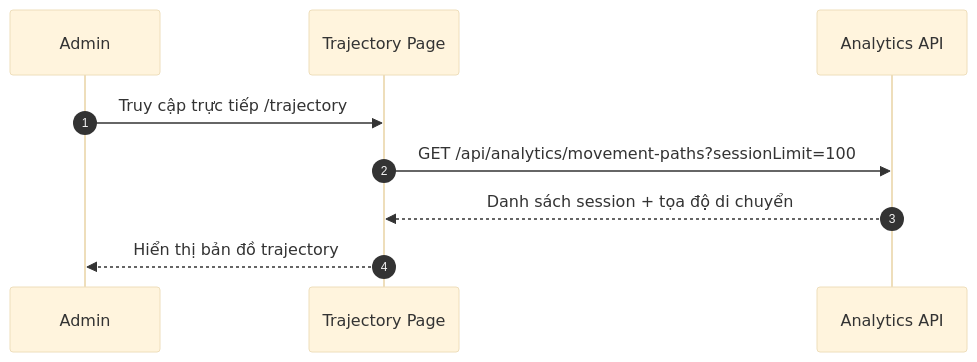
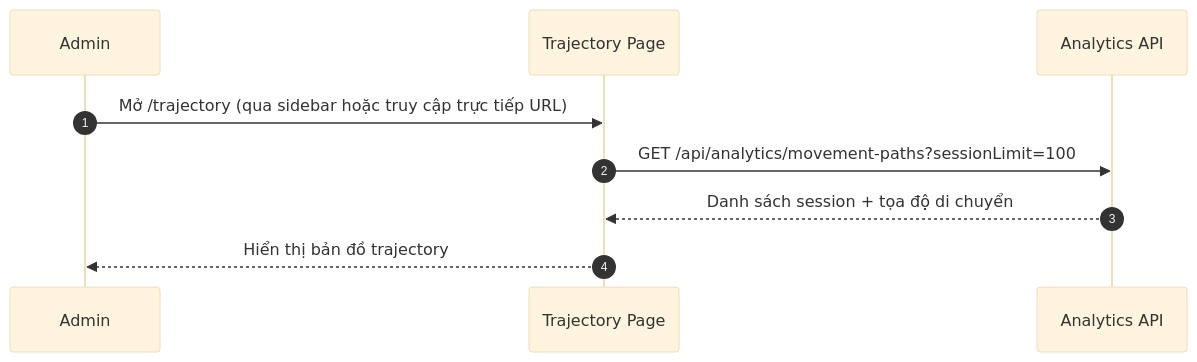
One commit to sangnp-s-organiztion/food-market-narrator changed the seventh of 28 diagrams in docs/sequence/flow-admin.md. Above: the diagram before and after it, drawn with Mermaid (base theme). The commit also changed other lines of this file and 59 other files, not shown here.

Commit message:
cap nhat sequence

````diff
--- a/docs/sequence/flow-admin.md
+++ b/docs/sequence/flow-admin.md
@@ -136,12 +136,12 @@
 ```mermaid
 sequenceDiagram
     autonumber
     participant U as Admin
     participant FE as Trajectory Page
     participant ANA as Analytics API
 
-    U->>FE: Truy cập trực tiếp /trajectory
+    U->>FE: Mở /trajectory (qua sidebar hoặc truy cập trực tiếp URL)
     FE->>ANA: GET /api/analytics/movement-paths?sessionLimit=100
     ANA-->>FE: Danh sách session + tọa độ di chuyển
     FE-->>U: Hiển thị bản đồ trajectory
 ```
````
